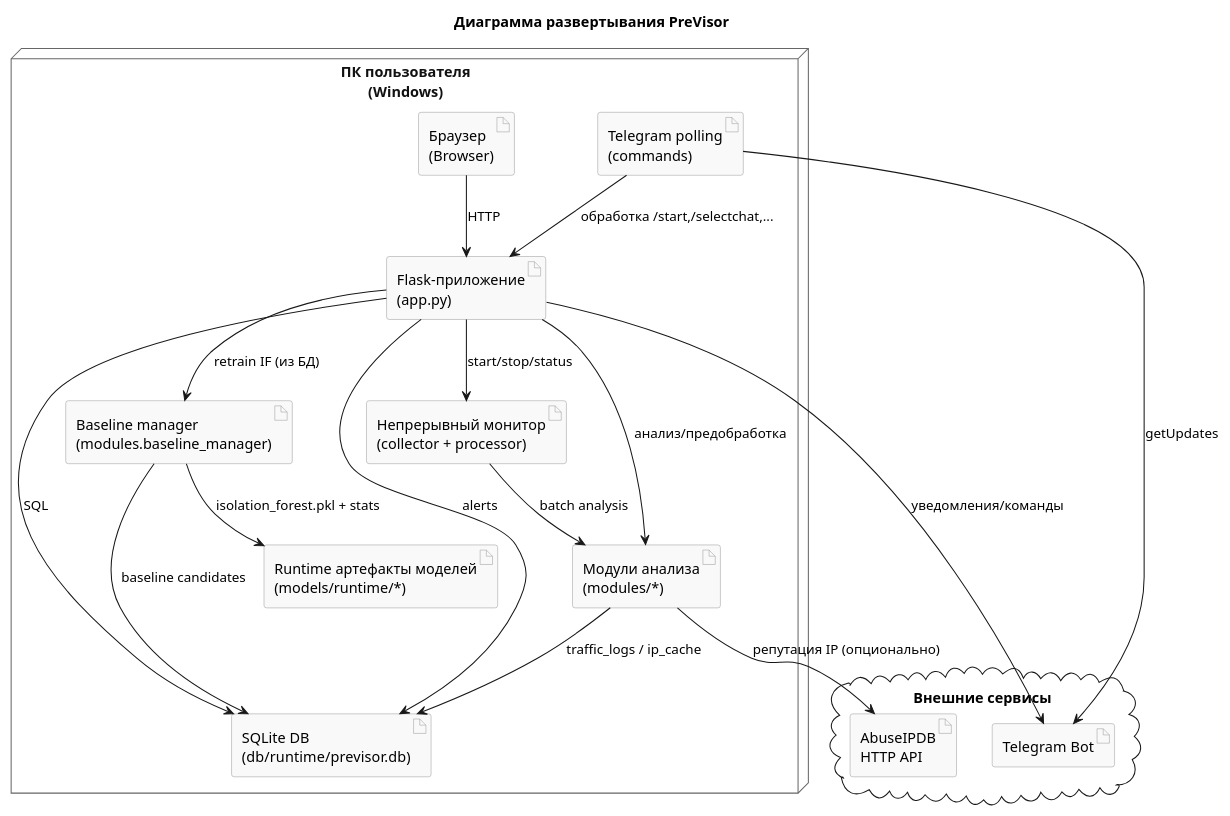
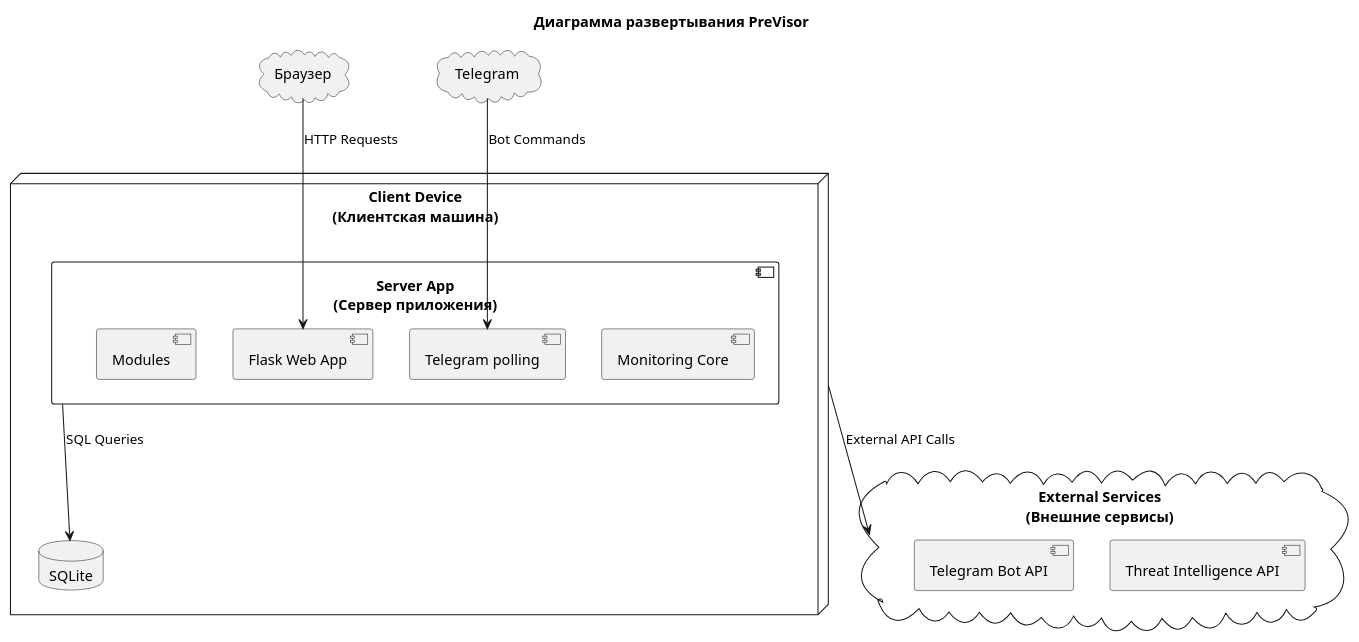
Before and after one commit to k00000tek/previsor: the diagram in static/previsor_deployment_diagram.puml, drawn with PlantUML. The commit also changed 19 other files, not shown here.

Commit message:
Previsor v3 08-02-2026: update diagrams

```diff
--- a/static/previsor_deployment_diagram.puml
+++ b/static/previsor_deployment_diagram.puml
@@ -1,46 +1,28 @@
 @startuml
 title Диаграмма развертывания PreVisor
 
-skinparam node {
-  BackgroundColor White
-  BorderColor #666
-  FontColor #111
+node "Client Device\n(Клиентская машина)" as client {
+  component "Server App\n(Сервер приложения)" as server{
+    component "Monitoring Core" as monitor
+    component "Flask Web App" as app
+    component "Telegram polling" as poll
+    component "Modules" as modules
+  }
+  database "SQLite" as db
 }
 
-skinparam artifact {
-  BackgroundColor #F9F9F9
-  BorderColor #999
+cloud "External Services\n(Внешние сервисы)" as external {
+    [Threat Intelligence API]
+    [Telegram Bot API]
 }
 
-node "ПК пользователя\n(Windows)" as Client {
-    artifact "Браузер\n(Browser)" as Browser
-    artifact "Flask-приложение\n(app.py)" as FlaskApp
-    artifact "Непрерывный монитор\n(collector + processor)" as Monitor
-    artifact "Telegram polling\n(commands)" as TgPoll
-    artifact "Модули анализа\n(modules/*)" as AnalyzerMods
-    artifact "Baseline manager\n(modules.baseline_manager)" as BaselineMgr
-    artifact "SQLite DB\n(db/runtime/previsor.db)" as DB
-    artifact "Runtime артефакты моделей\n(models/runtime/*)" as Artifacts
-}
+cloud "Браузер" as browser
 
-cloud "Внешние сервисы" as Cloud {
-    artifact "AbuseIPDB\nHTTP API" as TI
-    artifact "Telegram Bot" as Notif
-}
+cloud "Telegram" as tg
 
-Browser --> FlaskApp : HTTP
-FlaskApp --> Monitor : start/stop/status
-FlaskApp --> AnalyzerMods : анализ/предобработка
-FlaskApp --> BaselineMgr : retrain IF (из БД)
-TgPoll --> FlaskApp : обработка /start,/selectchat,...
-Monitor --> AnalyzerMods : batch analysis
-FlaskApp --> DB : SQL
-AnalyzerMods --> DB : traffic_logs / ip_cache
-FlaskApp --> DB : alerts
-BaselineMgr --> DB : baseline candidates
-BaselineMgr --> Artifacts : isolation_forest.pkl + stats
-AnalyzerMods --> TI : репутация IP (опционально)
-FlaskApp --> Notif : уведомления/команды
-TgPoll --> Notif : getUpdates
+browser --> app : HTTP Requests
+tg --> poll : Bot Commands
+server --> db : SQL Queries
+client --> external : External API Сalls
 
 @enduml
```
